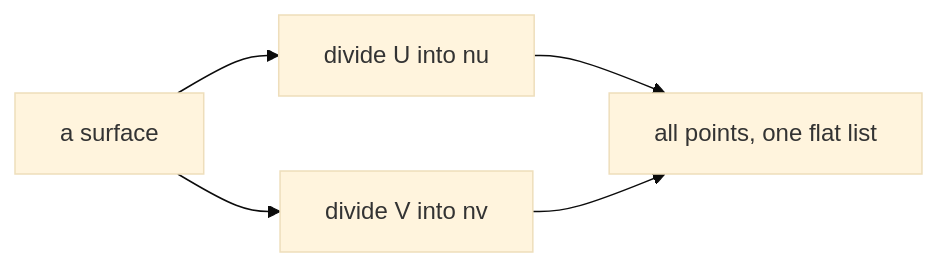
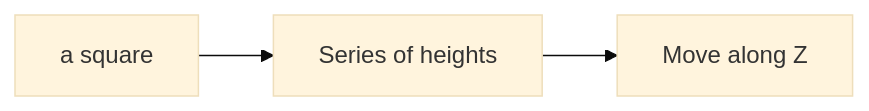
Before and after one commit to rccn-teaching/cdf: the second of 4 diagrams in Lecture/Week_07/goals.md, drawn with Mermaid (base theme). The commit also changed other lines of this file and 23 other files, not shown here.

Commit message:
Refactor lecture materials for Weeks 13-15: update README and goals to enhance clarity and structure; adjust session objectives and commands; improve flowcharts and voting processes for better engagement and understanding.

````diff
--- a/Lecture/Week_07/goals.md
+++ b/Lecture/Week_07/goals.md
@@ -17,7 +36,7 @@
 ```mermaid
 flowchart LR
-    S["a surface"] --> U["divide U into nu"]
-    S --> V["divide V into nv"]
-    U --> P["all points, one flat list"]
-    V --> P
+    F0["a square"]
+    H1["Series of heights"]
+    M2["Move along Z"]
+    F0 --> H1 --> M2
 ```
````
